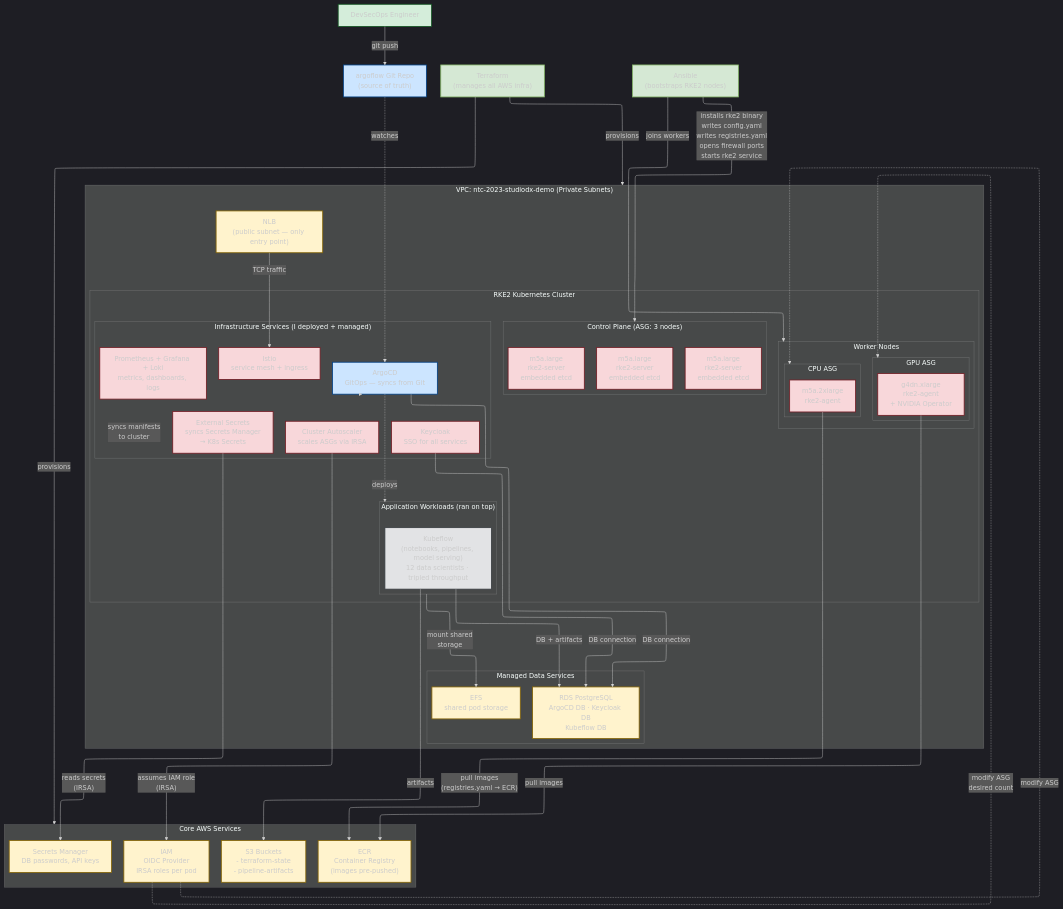
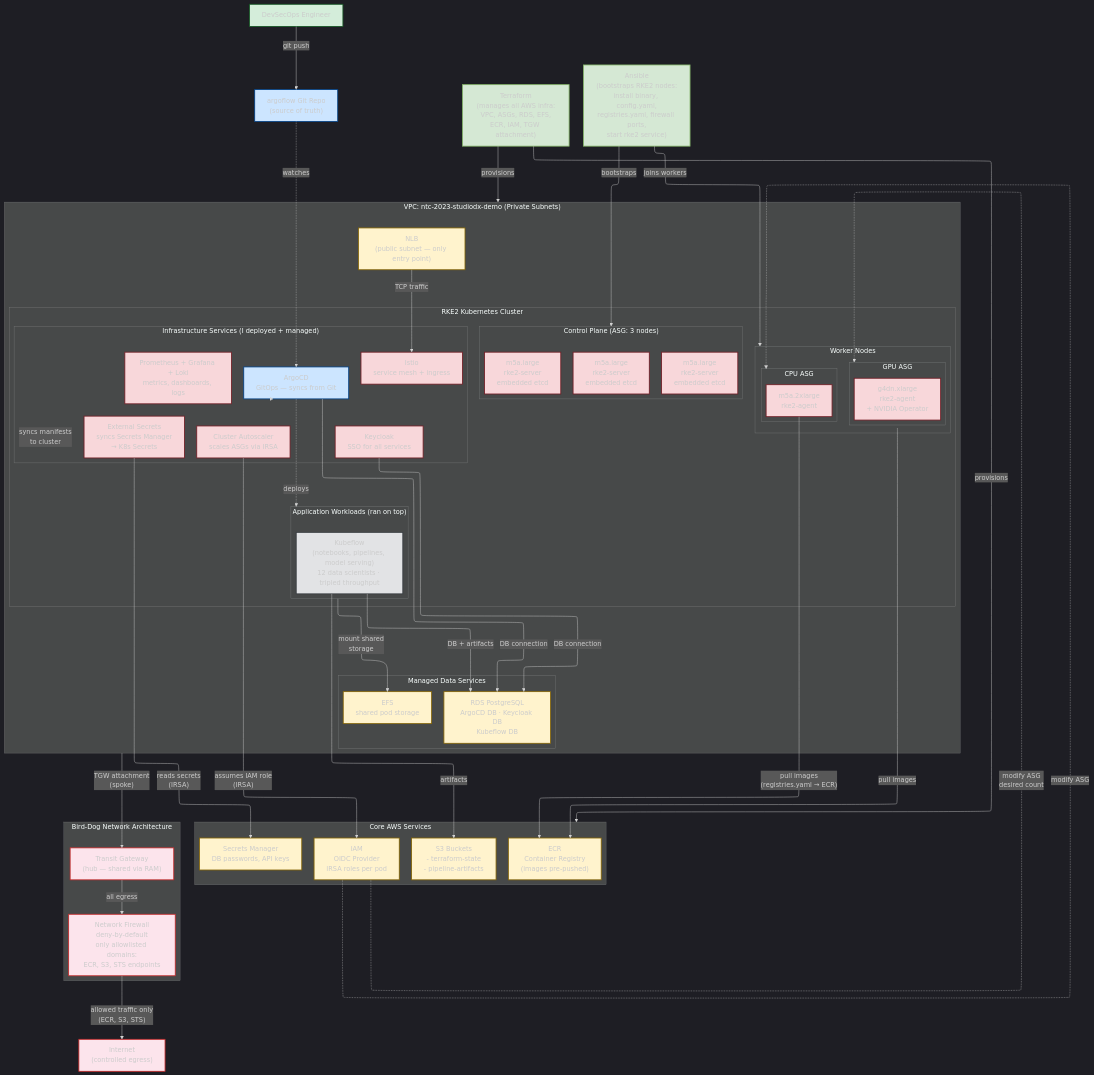
The second of 2 diagrams in architecture/ntconcepts-answers.md (carlosmsanchezm/prep), drawn with Mermaid before and after one commit. The commit also changed other lines of this file, not shown here.

First line of the commit message:
Add Bird-Dog network + Terraform/Ansible explanation to Nightwatch diagram

````diff
--- a/architecture/ntconcepts-answers.md
+++ b/architecture/ntconcepts-answers.md
@@ -585,12 +585,22 @@
     Kubeflow -- "artifacts" --> S3
     App_Workloads -- "mount shared<br/>storage" --> EFS
 
+    %% Network security (Bird-Dog connection)
+    subgraph BirdDog["Bird-Dog Network Architecture"]
+        TGW["Transit Gateway<br/>(hub — shared via RAM)"]:::network
+        NFW["Network Firewall<br/>deny-by-default<br/>only allowlisted domains:<br/>ECR, S3, STS endpoints"]:::network
+    end
+
+    VPC -- "TGW attachment<br/>(spoke)" --> TGW
+    TGW -- "all egress" --> NFW
+    NFW -- "allowed traffic only<br/>(ECR, S3, STS)" --> Internet["Internet<br/>(controlled egress)"]:::network
+
     %% Terraform manages all AWS
-    Terraform["Terraform<br/>(manages all AWS infra)"]:::iac -- "provisions" --> AWS_Services
+    Terraform["Terraform<br/>(manages all AWS infra:<br/>VPC, ASGs, RDS, EFS,<br/>ECR, IAM, TGW attachment)"]:::iac -- "provisions" --> AWS_Services
     Terraform -- "provisions" --> VPC
 
     %% Ansible bootstraps nodes
-    Ansible["Ansible<br/>(bootstraps RKE2 nodes)"]:::iac -- "installs rke2 binary<br/>writes config.yaml<br/>writes registries.yaml<br/>opens firewall ports<br/>starts rke2 service" --> Control_Plane
+    Ansible["Ansible<br/>(bootstraps RKE2 nodes:<br/>install binary, config.yaml,<br/>registries.yaml, firewall ports,<br/>start rke2 service)"]:::iac -- "bootstraps" --> Control_Plane
     Ansible -- "joins workers" --> Workers
 
     classDef aws fill:#fff3cd,stroke:#856404,stroke-width:2px
@@ -599,4 +609,5 @@
     classDef app fill:#e2e3e5,stroke:#383d41,stroke-width:2px
     classDef user fill:#d4edda,stroke:#155724,stroke-width:2px
     classDef iac fill:#d5e8d4,stroke:#82b366,stroke-width:2px
+    classDef network fill:#fce4ec,stroke:#c62828,stroke-width:2px
 ```
````
